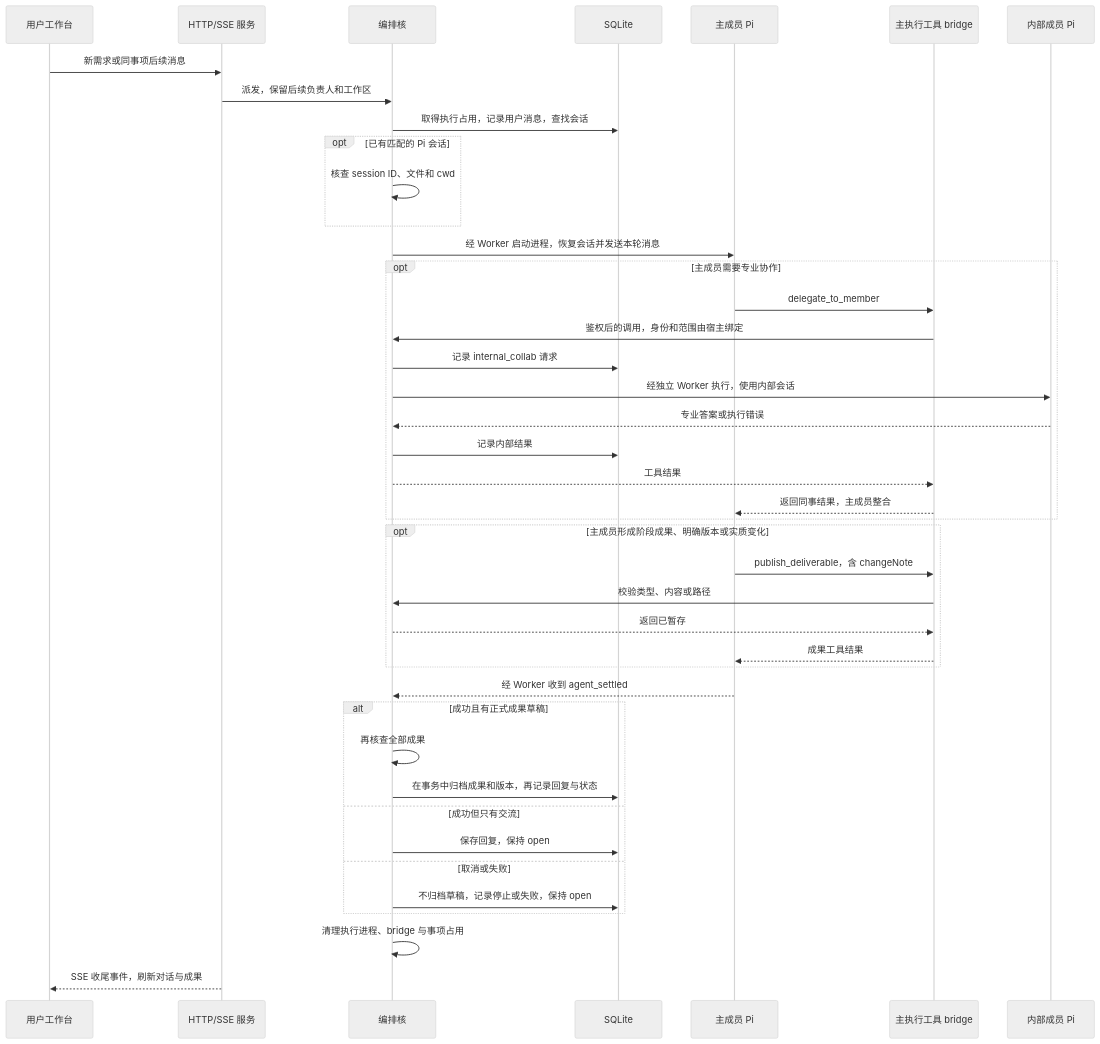
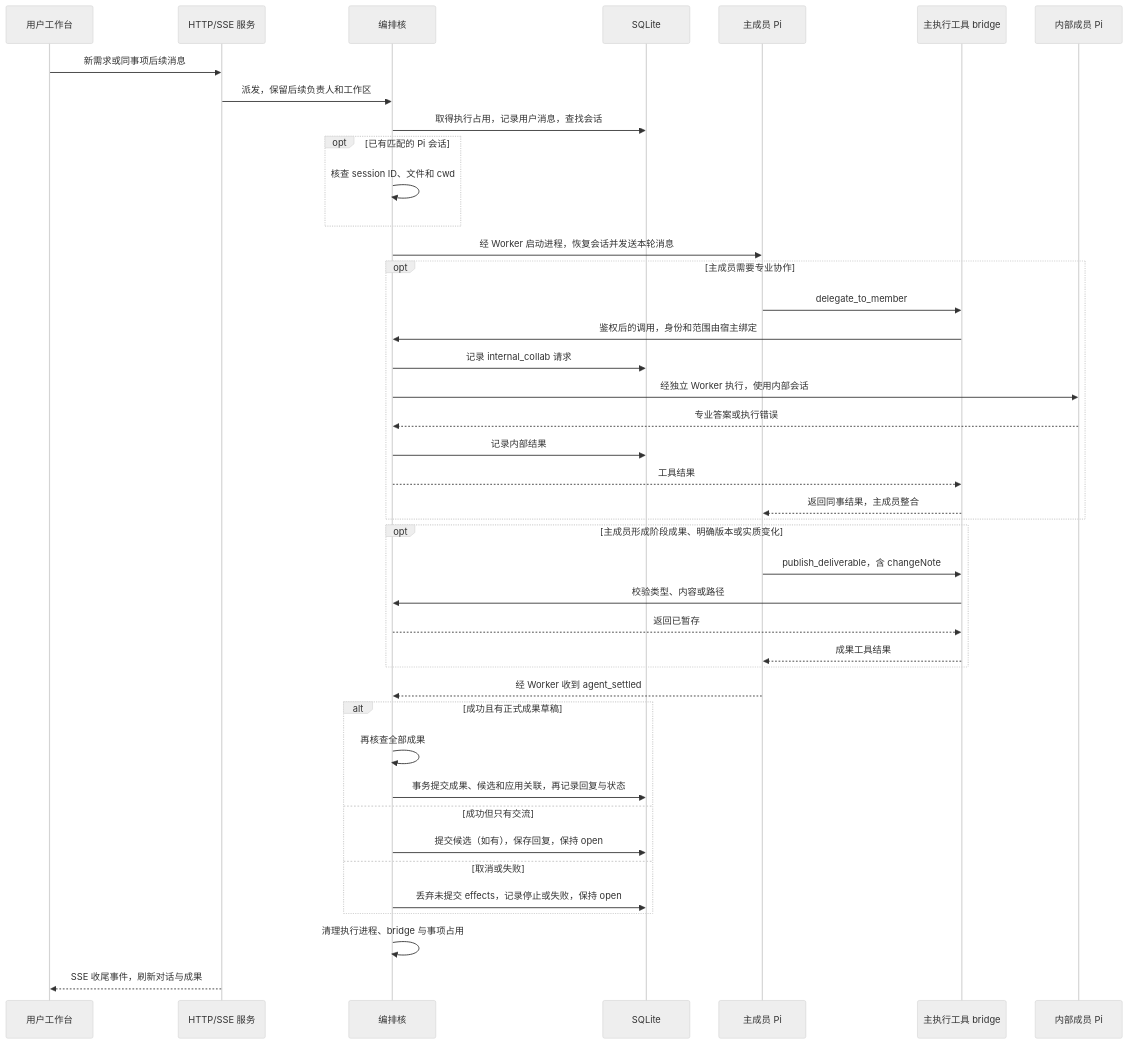
The second of 2 diagrams in docs/architecture-and-plan.md (civaapple-alt/personal-agent), drawn with Mermaid (neutral theme) before and after one commit. The commit also changed other lines of this file and 23 other files, not shown here.

````diff
--- a/docs/architecture-and-plan.md
+++ b/docs/architecture-and-plan.md
@@ -137,45 +151,45 @@
 ```mermaid
 sequenceDiagram
     participant U as 用户工作台
     participant A as HTTP/SSE 服务
     participant O as 编排核
     participant S as SQLite
     participant M as 主成员 Pi
     participant B as 主执行工具 bridge
     participant C as 内部成员 Pi
 
     U->>A: 新需求或同事项后续消息
     A->>O: 派发，保留后续负责人和工作区
     O->>S: 取得执行占用，记录用户消息，查找会话
     opt 已有匹配的 Pi 会话
         O->>O: 核查 session ID、文件和 cwd
     end
     O->>M: 经 Worker 启动进程，恢复会话并发送本轮消息
     opt 主成员需要专业协作
         M->>B: delegate_to_member
         B->>O: 鉴权后的调用，身份和范围由宿主绑定
         O->>S: 记录 internal_collab 请求
         O->>C: 经独立 Worker 执行，使用内部会话
         C-->>O: 专业答案或执行错误
         O->>S: 记录内部结果
         O-->>B: 工具结果
         B-->>M: 返回同事结果，主成员整合
     end
     opt 主成员形成阶段成果、明确版本或实质变化
         M->>B: publish_deliverable，含 changeNote
         B->>O: 校验类型、内容或路径
         O-->>B: 返回已暂存
-    B-->>M: 成果工具结果
+        B-->>M: 成果工具结果
     end
     M-->>O: 经 Worker 收到 agent_settled
     alt 成功且有正式成果草稿
         O->>O: 再核查全部成果
-        O->>S: 在事务中归档成果和版本，再记录回复与状态
+        O->>S: 事务提交成果、候选和应用关联，再记录回复与状态
     else 成功但只有交流
-        O->>S: 保存回复，保持 open
+        O->>S: 提交候选（如有），保存回复，保持 open
     else 取消或失败
-        O->>S: 不归档草稿，记录停止或失败，保持 open
+        O->>S: 丢弃未提交 effects，记录停止或失败，保持 open
     end
     O->>O: 清理执行进程、bridge 与事项占用
     A-->>U: SSE 收尾事件，刷新对话与成果
 ```
````
